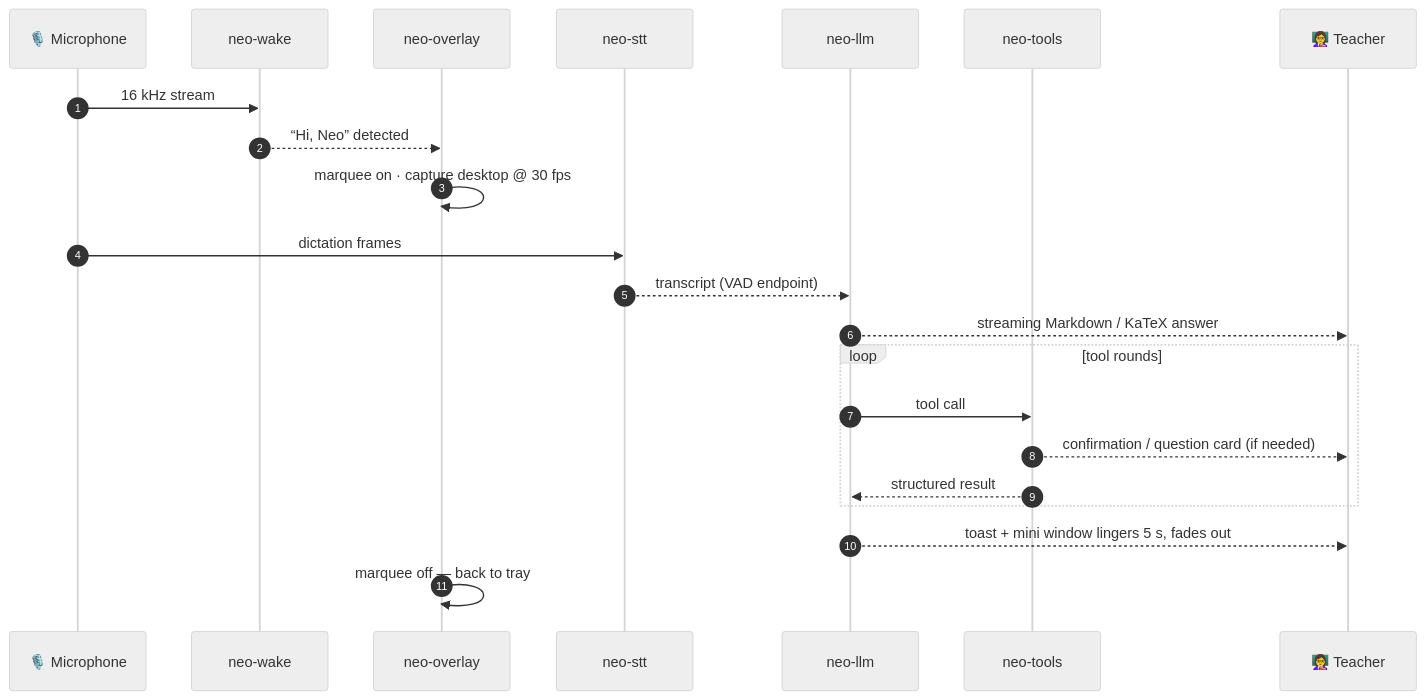
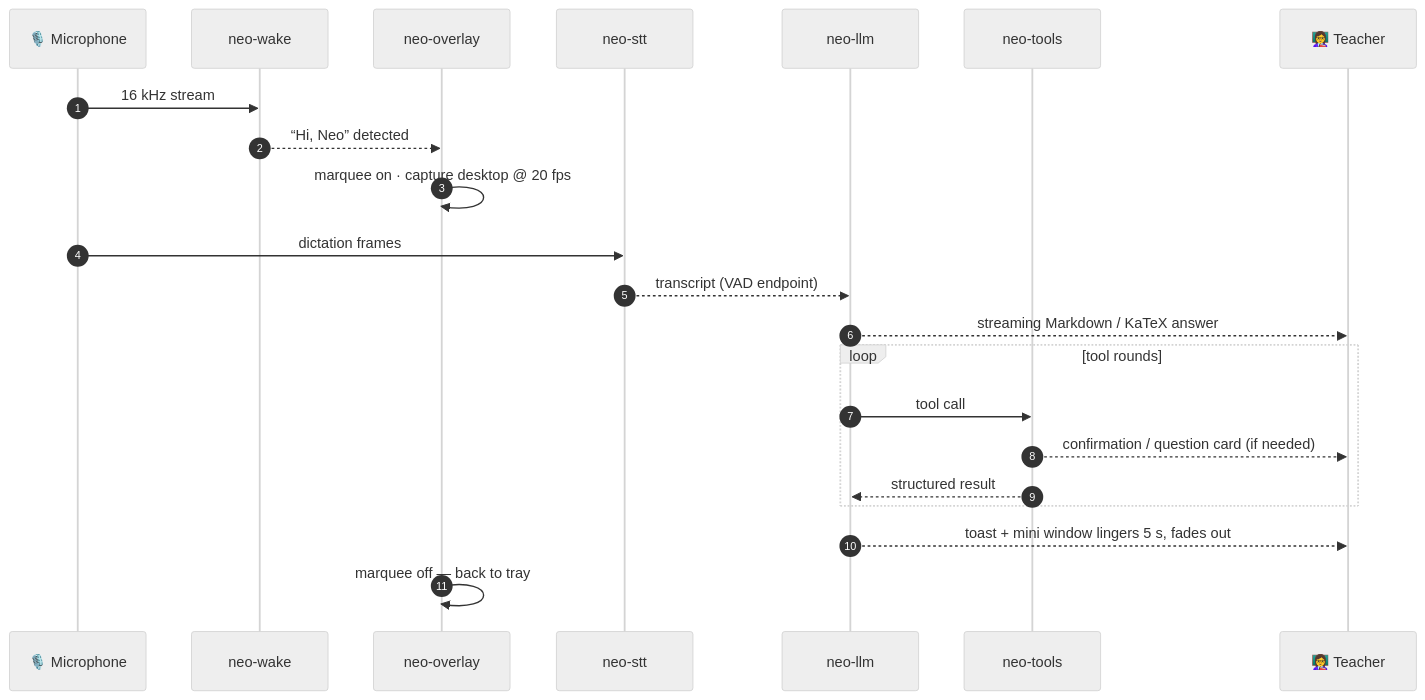
One commit to ChidcGithub/Neo changed the first of 4 diagrams in README.md. Above: the diagram before and after it, drawn with Mermaid (neutral theme). The commit also changed other lines of this file and 2 other files, not shown here.

Commit message:
Use palette error color and fix documentation drift

````diff
--- a/README.md
+++ b/README.md
@@ -87,25 +87,25 @@
 ```mermaid
 sequenceDiagram
     autonumber
     participant Mic as 🎙️ Microphone
     participant Wake as neo-wake
     participant Overlay as neo-overlay
     participant STT as neo-stt
     participant LLM as neo-llm
     participant Tools as neo-tools
     participant User as 👩‍🏫 Teacher
 
     Mic->>Wake: 16 kHz stream
     Wake-->>Overlay: “Hi, Neo” detected
-    Overlay->>Overlay: marquee on · capture desktop @ 30 fps
+    Overlay->>Overlay: marquee on · capture desktop @ 20 fps
     Mic->>STT: dictation frames
     STT-->>LLM: transcript (VAD endpoint)
     LLM-->>User: streaming Markdown / KaTeX answer
     loop tool rounds
         LLM->>Tools: tool call
         Tools-->>User: confirmation / question card (if needed)
         Tools-->>LLM: structured result
     end
     LLM-->>User: toast + mini window lingers 5 s, fades out
     Overlay->>Overlay: marquee off — back to tray
 ```
````
